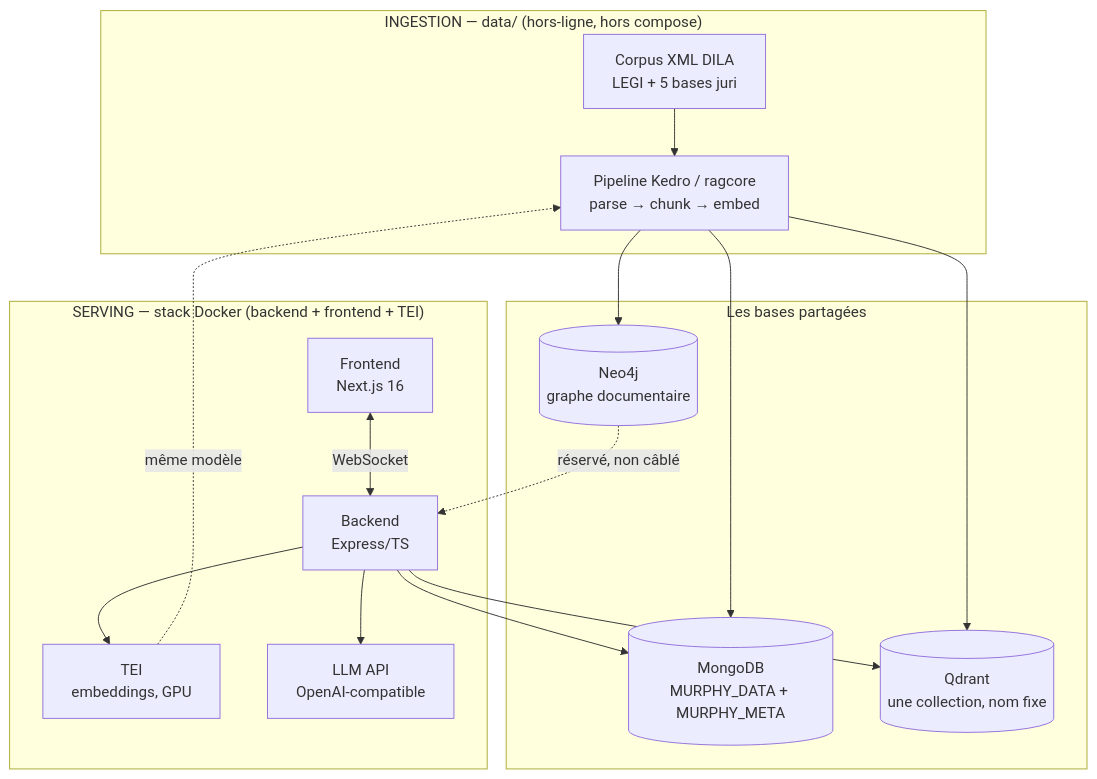
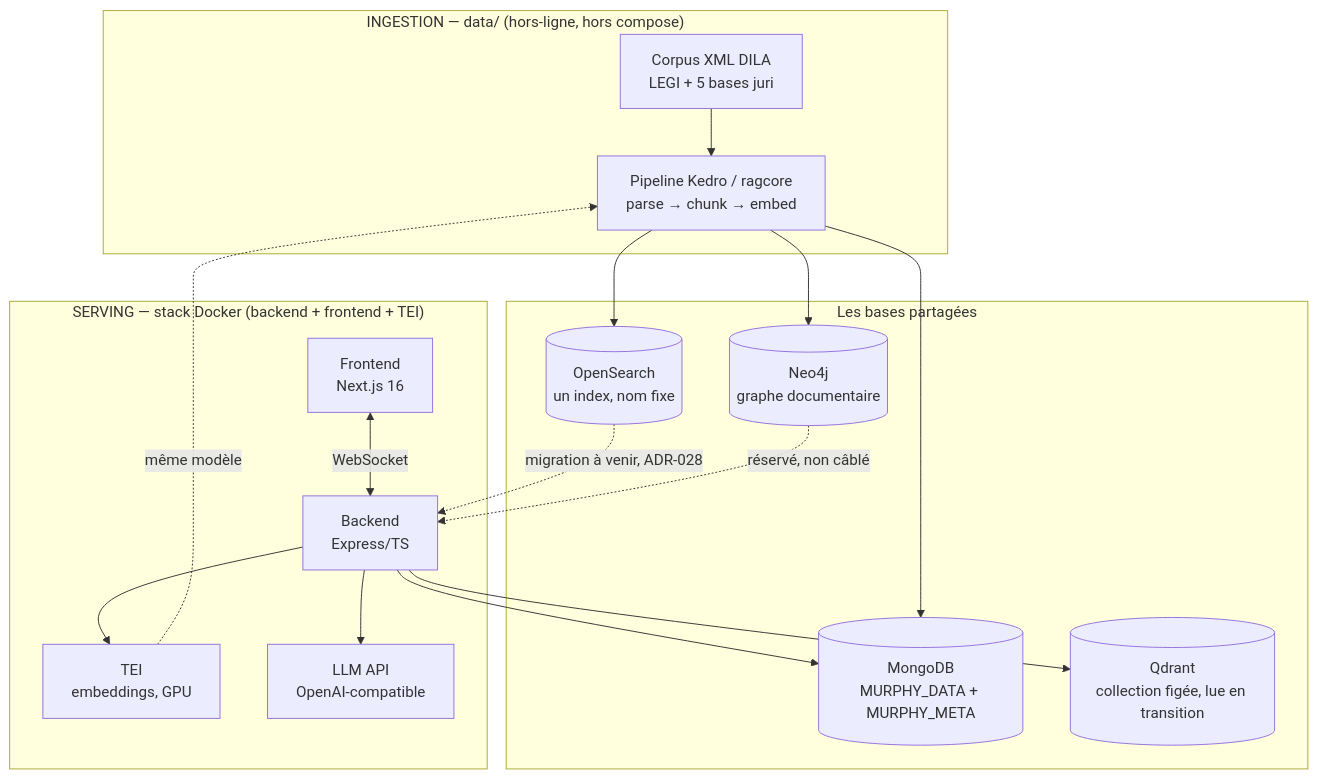
The diagram in docs/technical/ARCHITECTURE.md (nmoutou/murphy), drawn with Mermaid before and after one commit. The commit also changed other lines of this file and 10 other files, not shown here.

First line of the commit message:
docs(data): l'ingestion écrit l'index OpenSearch

````diff
--- a/docs/technical/ARCHITECTURE.md
+++ b/docs/technical/ARCHITECTURE.md
@@ -18,23 +18,25 @@
 ```mermaid
 flowchart TB
     subgraph ingestion ["INGESTION — data/ (hors-ligne, hors compose)"]
         XML[Corpus XML DILA<br>LEGI + 5 bases juri] --> Kedro[Pipeline Kedro / ragcore<br>parse → chunk → embed]
     end
 
     subgraph stores ["Les bases partagées"]
         Mongo[(MongoDB<br>MURPHY_DATA + MURPHY_META)]
-        Qdrant[(Qdrant<br>une collection, nom fixe)]
+        OpenSearch[(OpenSearch<br>un index, nom fixe)]
+        Qdrant[(Qdrant<br>collection figée, lue en transition)]
         Neo4j[(Neo4j<br>graphe documentaire)]
     end
 
     subgraph serving ["SERVING — stack Docker (backend + frontend + TEI)"]
         Front[Frontend<br>Next.js 16] <-- WebSocket --> Back[Backend<br>Express/TS]
         Back --> TEI[TEI<br>embeddings, GPU]
         Back --> LLM[LLM API<br>OpenAI-compatible]
     end
 
-    Kedro --> Mongo & Qdrant & Neo4j
+    Kedro --> Mongo & OpenSearch & Neo4j
     TEI -.->|même modèle| Kedro
     Back --> Mongo & Qdrant
+    OpenSearch -.->|migration à venir, ADR-028| Back
     Neo4j -.->|réservé, non câblé| Back
 ```
````
